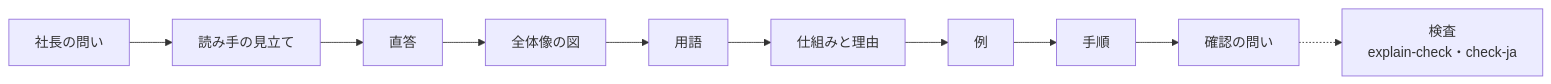
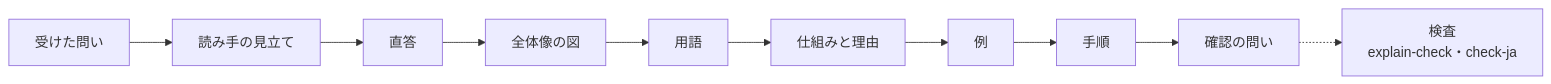
The first of 2 diagrams in skills/ja-professor/examples/example-n-plus-one.md (sh0ki-00/My-Lab), drawn with Mermaid before and after one commit. The commit also changed other lines of this file and 81 other files, not shown here.

````diff
--- a/skills/ja-professor/examples/example-n-plus-one.md
+++ b/skills/ja-professor/examples/example-n-plus-one.md
@@ -16,12 +16,12 @@
 ```mermaid
 flowchart LR
-    Q["社長の問い"] --> L["読み手の見立て"]
+    Q["受けた問い"] --> L["読み手の見立て"]
     L --> A["直答"]
     A --> O["全体像の図"]
     O --> T["用語"]
     T --> W["仕組みと理由"]
     W --> E["例"]
     E --> S["手順"]
     S --> C["確認の問い"]
     C -.-> K["検査<br/>explain-check・check-ja"]
 ```
````
